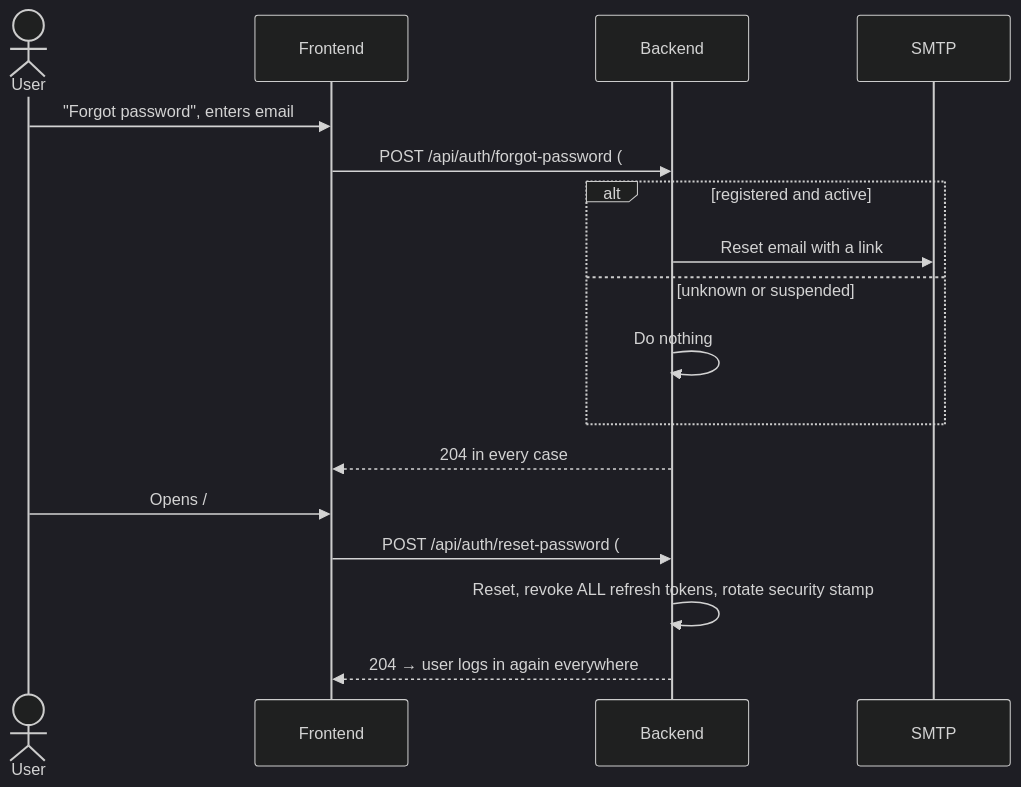
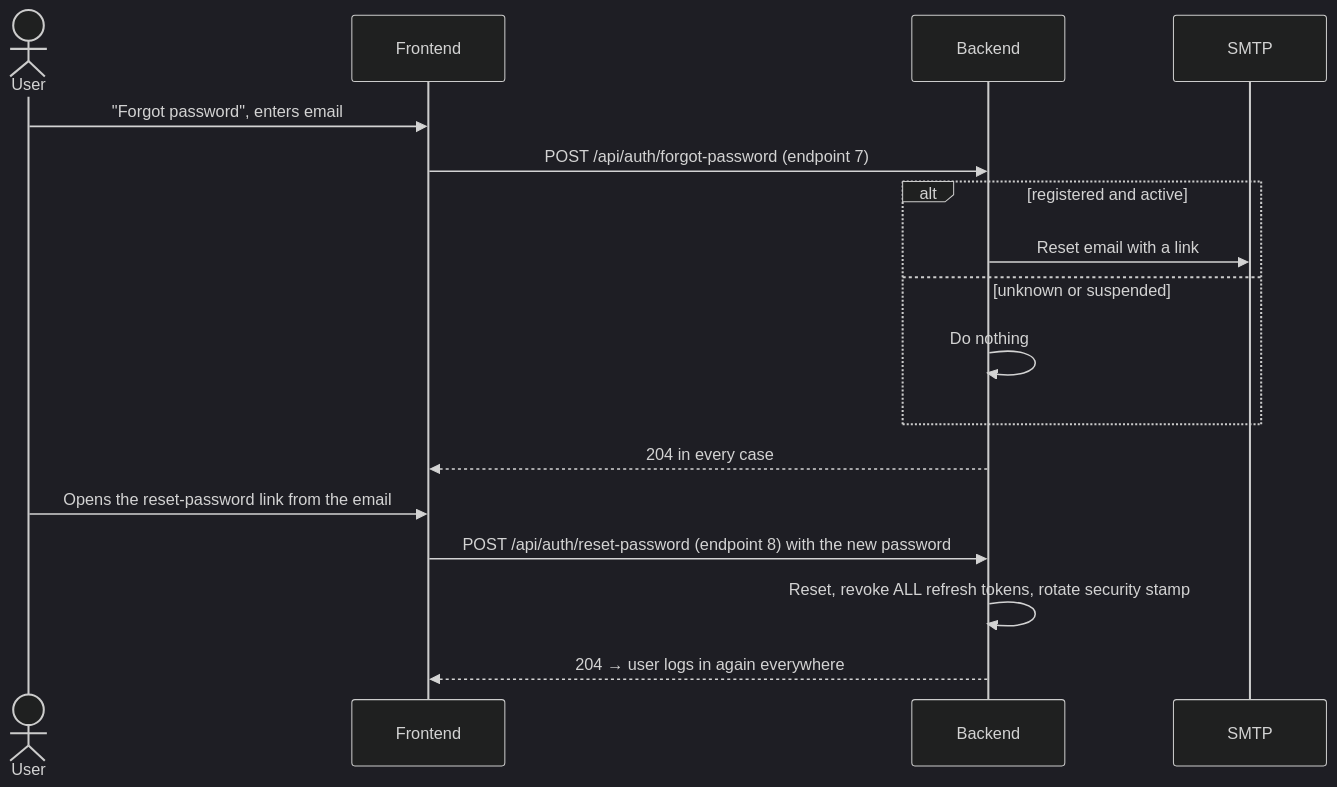
Before and after one commit to S3d0o/ClinicFlow-Backend: the seventh of 12 diagrams in docs/V1_GUIDE.md, drawn with Mermaid (dark theme). The commit also changed other lines of this file, not shown here.

First line of the commit message:
Fix the doctor-approval diagram in the V1 guide

````diff
--- a/docs/V1_GUIDE.md
+++ b/docs/V1_GUIDE.md
@@ -336,20 +336,20 @@
 ```mermaid
 sequenceDiagram
     actor U as User
     participant FE as Frontend
     participant API as Backend
     participant Mail as SMTP
 
     U->>FE: "Forgot password", enters email
-    FE->>API: POST /api/auth/forgot-password (#7)
+    FE->>API: POST /api/auth/forgot-password (endpoint 7)
     alt registered and active
         API->>Mail: Reset email with a link
     else unknown or suspended
         API->>API: Do nothing
     end
     API-->>FE: 204 in every case
-    U->>FE: Opens /#/reset-password?userId=…&token=…
-    FE->>API: POST /api/auth/reset-password (#8) with the new password
+    U->>FE: Opens the reset-password link from the email
+    FE->>API: POST /api/auth/reset-password (endpoint 8) with the new password
     API->>API: Reset, revoke ALL refresh tokens, rotate security stamp
     API-->>FE: 204 → user logs in again everywhere
 ```
````
